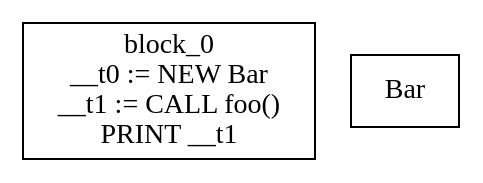
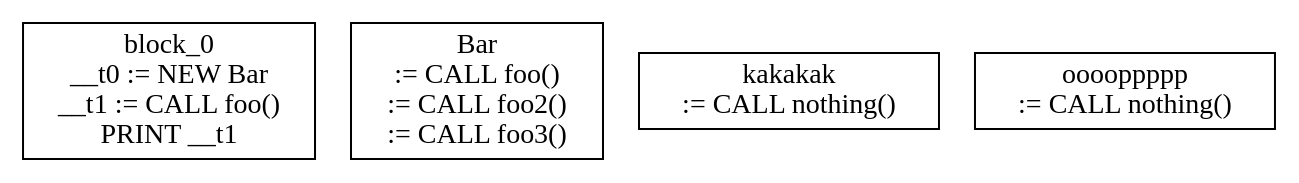
Before and after one commit to KarmaSora/Compiler: the diagram in gettingStarted/cfg.dot, drawn with Graphviz. The commit also changed 7 other files, not shown here.

```diff
--- a/gettingStarted/cfg.dot
+++ b/gettingStarted/cfg.dot
@@ -1,6 +1,8 @@
 digraph CFG {
 graph [splines=ortho];
 node [shape=box];
 block_0 [label="block_0\n__t0 := NEW Bar\n__t1 := CALL foo()\nPRINT __t1\n"];
-Bar [label="Bar\n"];
+Bar [label="Bar\n := CALL foo()\n := CALL foo2()\n := CALL foo3()\n"];
+kakakak [label="kakakak\n := CALL nothing()\n"];
+ooooppppp [label="ooooppppp\n := CALL nothing()\n"];
 }
```
